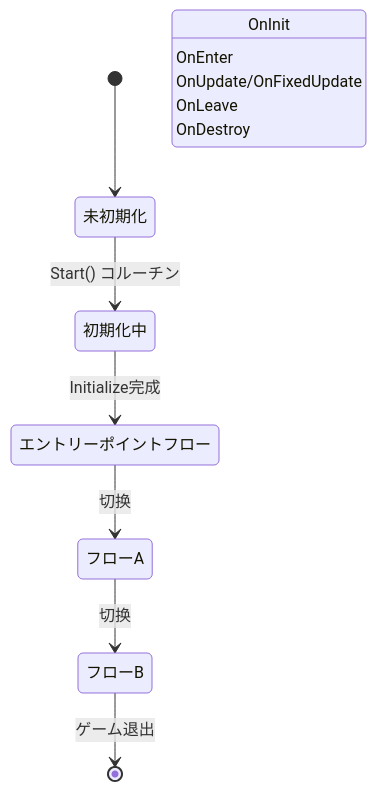
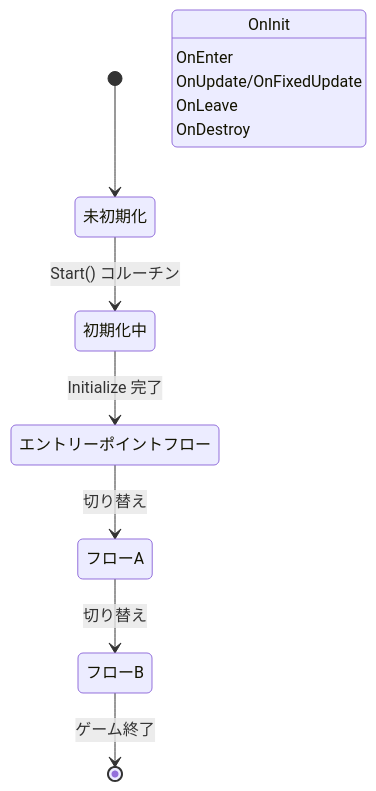
The second of 2 diagrams in docs/ja/client/unity/component/procedure/08.procedure-component.md (AlianBlank/GameFrameX.Docs), drawn with Mermaid before and after one commit. The commit also changed other lines of this file and 320 other files, not shown here.

````diff
--- a/docs/ja/client/unity/component/procedure/08.procedure-component.md
+++ b/docs/ja/client/unity/component/procedure/08.procedure-component.md
@@ -179,15 +179,15 @@
 ```mermaid
 stateDiagram-v2
     [*] --> 未初期化
     未初期化 --> 初期化中: Start() コルーチン
-    初期化中 --> エントリーポイントフロー: Initialize完成
-    エントリーポイントフロー --> フローA: 切换
-    フローA --> フローB: 切换
-    フローB --> [*]: ゲーム退出
-    
+    初期化中 --> エントリーポイントフロー: Initialize 完了
+    エントリーポイントフロー --> フローA: 切り替え
+    フローA --> フローB: 切り替え
+    フローB --> [*]: ゲーム終了
+
     ステータス: OnInit
     ステータス: OnEnter
     ステータス: OnUpdate/OnFixedUpdate
     ステータス: OnLeave
     ステータス: OnDestroy
 ```
````
